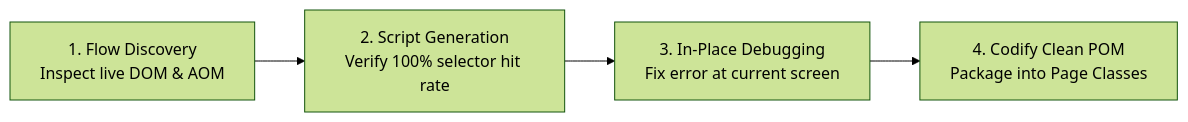
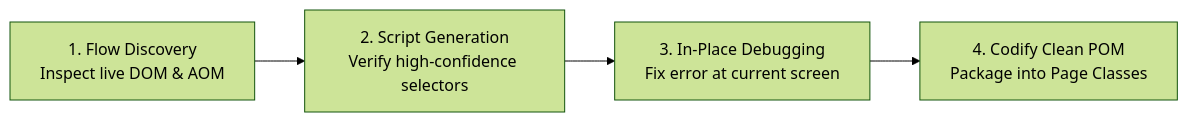
One commit to TeeVee98/Synapse-Hub changed the diagram in .agents/skills/01-web-automation/playwright-live-interaction/SKILL.md. Above: the diagram before and after it, drawn with Mermaid (forest theme). The commit also changed other lines of this file and 134 other files, not shown here.

````diff
--- a/.agents/skills/01-web-automation/playwright-live-interaction/SKILL.md
+++ b/.agents/skills/01-web-automation/playwright-live-interaction/SKILL.md
@@ -45,6 +46,6 @@
 ```mermaid
 flowchart LR
-    A["1. Flow Discovery<br/>Inspect live DOM & AOM"] --> B["2. Script Generation<br/>Verify 100% selector hit rate"]
+    A["1. Flow Discovery<br/>Inspect live DOM & AOM"] --> B["2. Script Generation<br/>Verify high-confidence selectors"]
     B --> C["3. In-Place Debugging<br/>Fix error at current screen"]
     C --> D["4. Codify Clean POM<br/>Package into Page Classes"]
 ```
````
